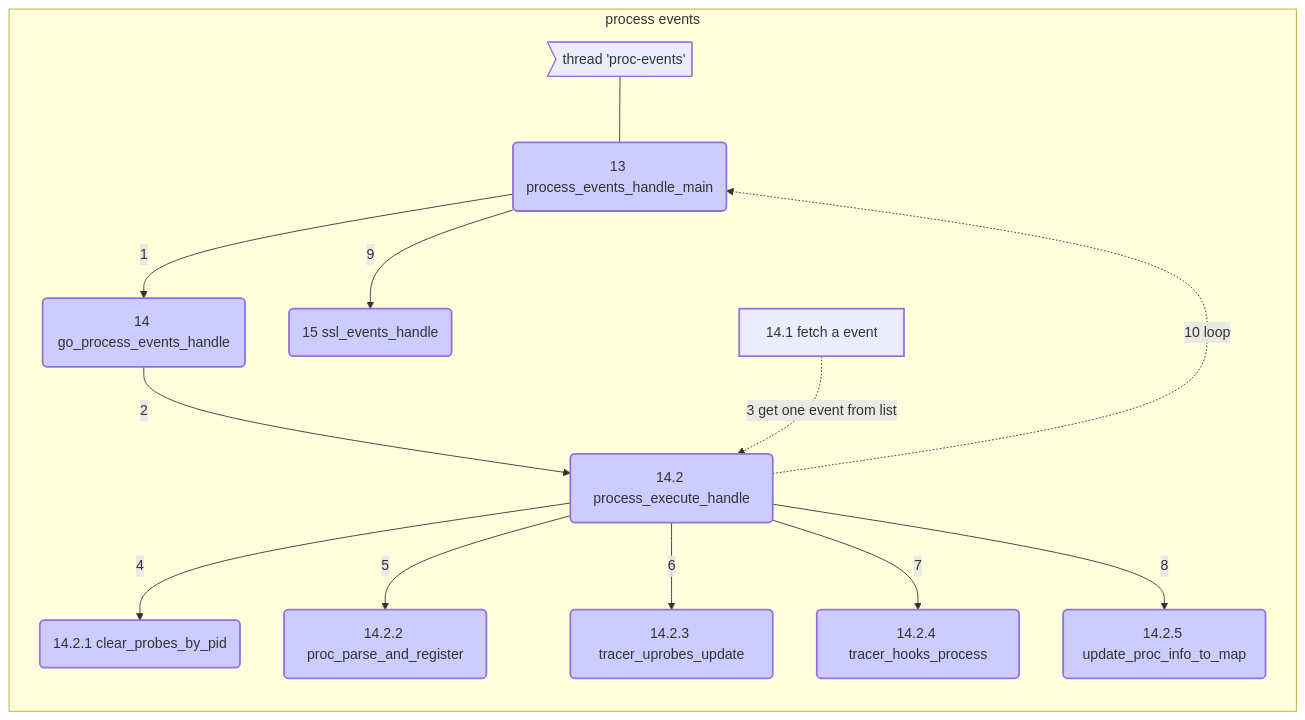
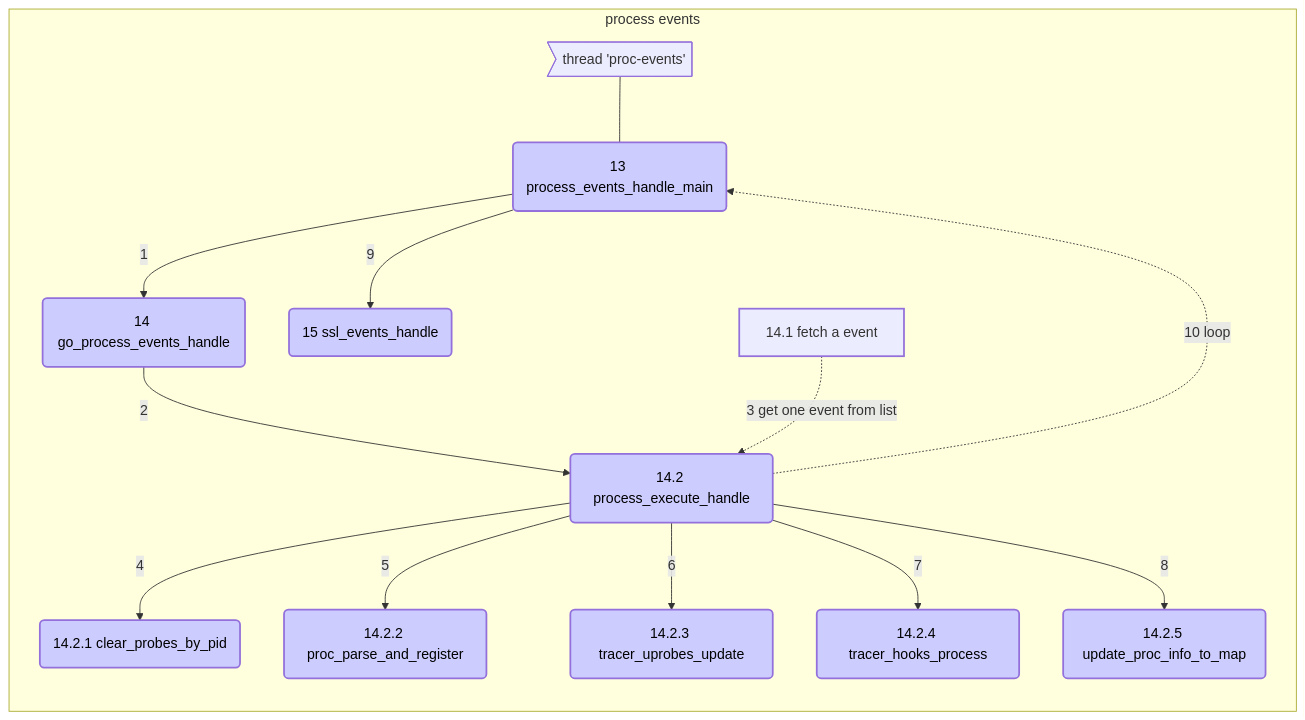
Before and after one commit to deepflowio/deepflow: the seventh of 7 diagrams in agent/src/ebpf/README.md, drawn with Mermaid. The commit also changed other lines of this file, not shown here.

Commit message:
[eBPF] Update readme for flowchart drawing

````diff
--- a/agent/src/ebpf/README.md
+++ b/agent/src/ebpf/README.md
@@ -422,28 +421,28 @@
 ```mermaid
 graph LR
-    style process_events_handle_main fill:#ccff, stroke-width:2px
-    style go_process_events_handle fill:#ccff, stroke-width:2px
-    style ssl_events_handle fill:#ccff, stroke-width:2px
+    style process_events_handle_main fill:#ccff,color:#000, stroke-width:2px
+    style go_process_events_handle fill:#ccff,color:#000, stroke-width:2px
+    style ssl_events_handle fill:#ccff,color:#000, stroke-width:2px
     style list_first_entry stroke-width:2px
-    style process_execute_handle fill:#ccff, stroke-width:2px
-    style update_proc_info_to_map fill:#ccff, stroke-width:2px
-    style tracer_hooks_process fill:#ccff, stroke-width:2px
-    style tracer_uprobes_update fill:#ccff, stroke-width:2px
-    style proc_parse_and_register fill:#ccff, stroke-width:2px
-    style clear_probes_by_pid fill:#ccff, stroke-width:2px
+    style process_execute_handle fill:#ccff,color:#000, stroke-width:2px
+    style update_proc_info_to_map fill:#ccff,color:#000, stroke-width:2px
+    style tracer_hooks_process fill:#ccff,color:#000, stroke-width:2px
+    style tracer_uprobes_update fill:#ccff,color:#000, stroke-width:2px
+    style proc_parse_and_register fill:#ccff,color:#000, stroke-width:2px
+    style clear_probes_by_pid fill:#ccff,color:#000, stroke-width:2px
 
     subgraph process events
     start>thread 'proc-events']---process_events_handle_main(13 process_events_handle_main)
     process_events_handle_main-->|1|go_process_events_handle(14 go_process_events_handle)
     process_events_handle_main-->|9|ssl_events_handle(15 ssl_events_handle)
     list_first_entry[14.1 fetch a event]
     go_process_events_handle-->|2|process_execute_handle(14.2 process_execute_handle)
     process_execute_handle-->|4|clear_probes_by_pid(14.2.1 clear_probes_by_pid)
     process_execute_handle-->|5|proc_parse_and_register(14.2.2 proc_parse_and_register)
     process_execute_handle-->|6|tracer_uprobes_update(14.2.3 tracer_uprobes_update)
     process_execute_handle-->|7|tracer_hooks_process(14.2.4 tracer_hooks_process)
     process_execute_handle-->|8|update_proc_info_to_map(14.2.5 update_proc_info_to_map)
     list_first_entry-.->|3 get one event from list|process_execute_handle
     process_execute_handle-.->|10 loop|process_events_handle_main
     end
 ```
````
